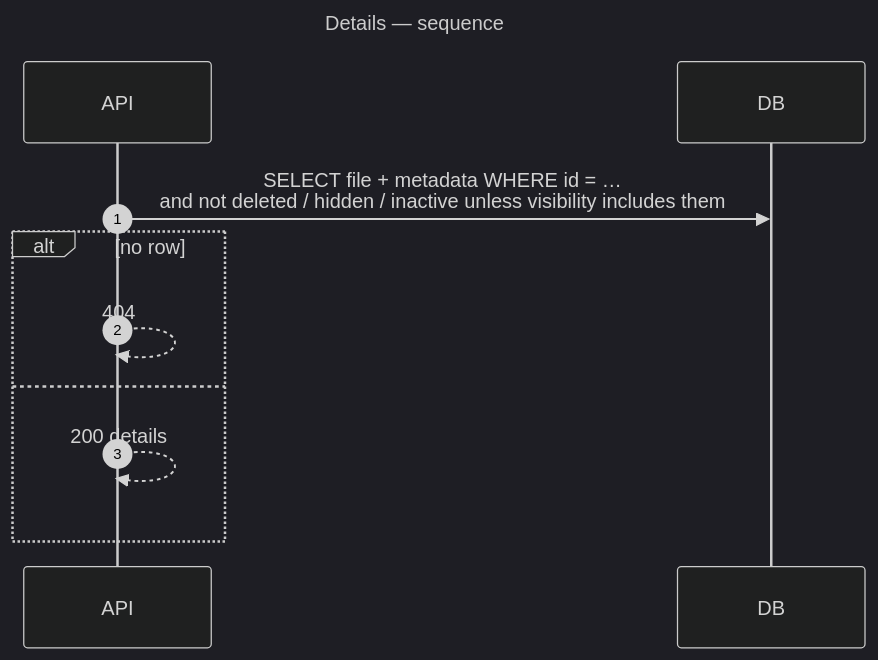
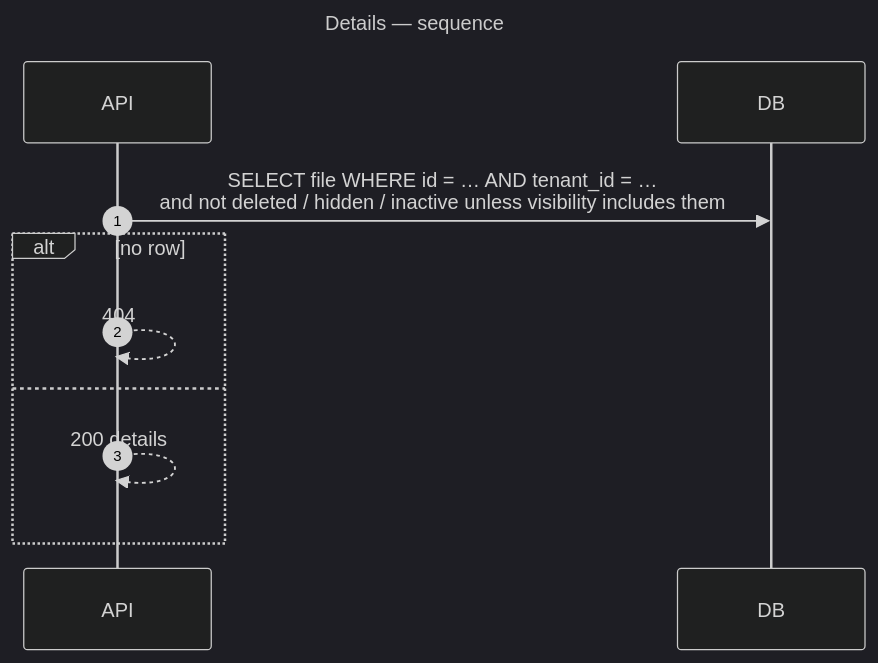
The sixth of 16 diagrams in docs/sequence-diagrams.md (gmetskhvarishvili/GM.FileStorage.Samples), drawn with Mermaid (dark theme) before and after one commit. The commit also changed other lines of this file and 26 other files, not shown here.

First line of the commit message:
refactor!: tenant as a column, uploader from created_by, no metadata rows

````diff
--- a/docs/sequence-diagrams.md
+++ b/docs/sequence-diagrams.md
@@ -223,16 +223,16 @@
 ```mermaid
 ---
 title: Details — sequence
 ---
 sequenceDiagram
     autonumber
     participant API
     participant DB
 
-    API->>DB: SELECT file + metadata WHERE id = … <br/>and not deleted / hidden / inactive unless visibility includes them
+    API->>DB: SELECT file WHERE id = … AND tenant_id = …<br/>and not deleted / hidden / inactive unless visibility includes them
     alt no row
         API-->>API: 404
     else
         API-->>API: 200 details
     end
 ```
````
